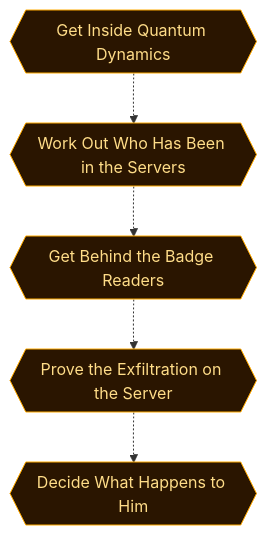
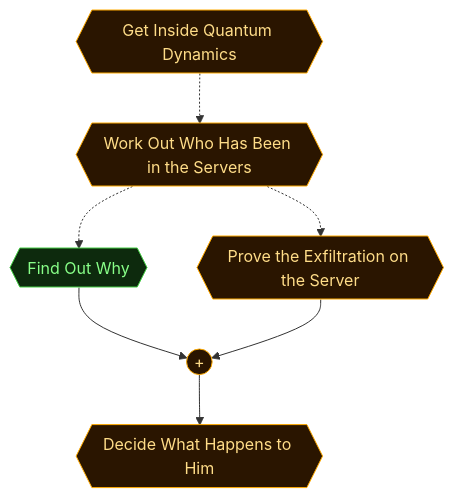
Before and after one commit to cliffe/BreakEscape: the second of 5 diagrams in scenarios/m05_insider_trading/dungeon_graph.md, drawn with Mermaid. The commit also changed other lines of this file and 24 other files, not shown here.

````diff
--- a/scenarios/m05_insider_trading/dungeon_graph.md
+++ b/scenarios/m05_insider_trading/dungeon_graph.md
@@ -138,31 +149,35 @@
 ```mermaid
 flowchart TD
 
   classDef room      fill:#0f2d2d,stroke:#22ddcc,color:#a0ffee
   classDef lock      fill:#2d0f0f,stroke:#e66060,color:#ffa0a0
   classDef key       fill:#2d0812,stroke:#e66060,color:#ffa0a0
   classDef item      fill:#2d1200,stroke:#e89030,color:#ffcc80
   classDef gate      fill:#111,stroke:#666,color:#eee
   classDef vm        fill:#0c1f40,stroke:#4a90d9,color:#a0c8ff
   classDef flag      fill:#1a0c2d,stroke:#9060d0,color:#cc99ff
   classDef action    fill:#1a1200,stroke:#cc9922,color:#ffee88
   classDef aim       fill:#0d2a0d,stroke:#44cc44,color:#88ff88
   classDef aim_gate  fill:#111111,stroke:#44cc44,color:#44cc44
   classDef container fill:#1a2d1a,stroke:#60b060,color:#a0e0a0
   classDef npc       fill:#2d1f0d,stroke:#d0a050,color:#ffe0a0
   classDef critical  fill:#2a1500,stroke:#ffaa00,color:#ffdd88
   classDef start     fill:#003322,stroke:#00ffaa,color:#00ffaa
 
   aim_establish_access{{"Get Inside Quantum Dynamics"}}
   aim_investigate_employees{{"Work Out Who Has Been in the Servers"}}
-  aim_gather_evidence{{"Get Behind the Badge Readers"}}
+  aim_gather_evidence{{"Find Out Why"}}
   aim_exploit_infrastructure{{"Prove the Exfiltration on the Server"}}
   aim_confront_insider{{"Decide What Happens to Him"}}
+  aim_andgate_confront_insider((" + "))
 
   aim_establish_access -.-> aim_investigate_employees
   aim_investigate_employees -.-> aim_gather_evidence
-  aim_gather_evidence -.-> aim_exploit_infrastructure
-  aim_exploit_infrastructure -.-> aim_confront_insider
+  aim_investigate_employees -.-> aim_exploit_infrastructure
+  aim_gather_evidence --> aim_andgate_confront_insider
+  aim_exploit_infrastructure --> aim_andgate_confront_insider
+  aim_andgate_confront_insider --> aim_confront_insider
 
-  class aim_establish_access,aim_investigate_employees,aim_gather_evidence,aim_exploit_infrastructure,aim_confront_insider critical
+  class aim_establish_access,aim_investigate_employees,aim_exploit_infrastructure,aim_confront_insider,aim_andgate_confront_insider critical
+  class aim_gather_evidence aim
 ```
````
